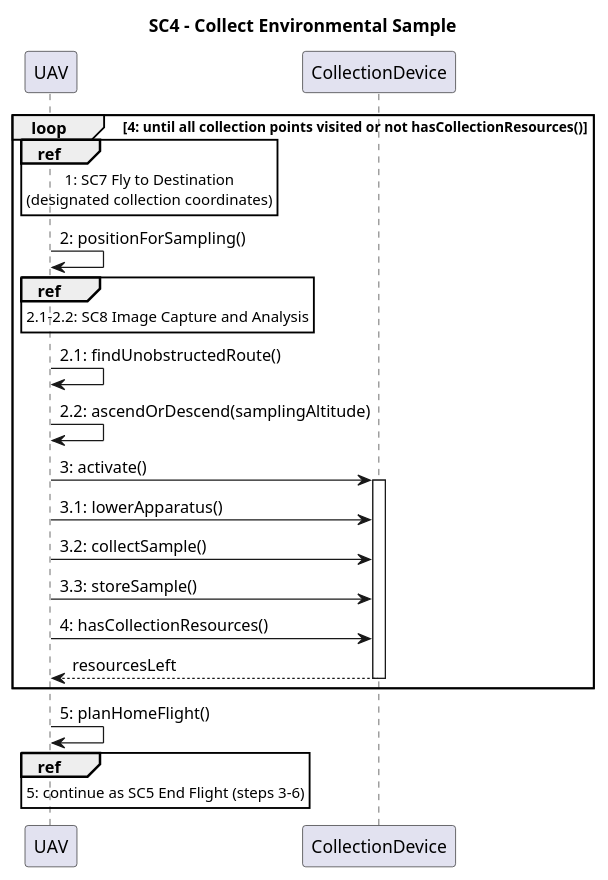
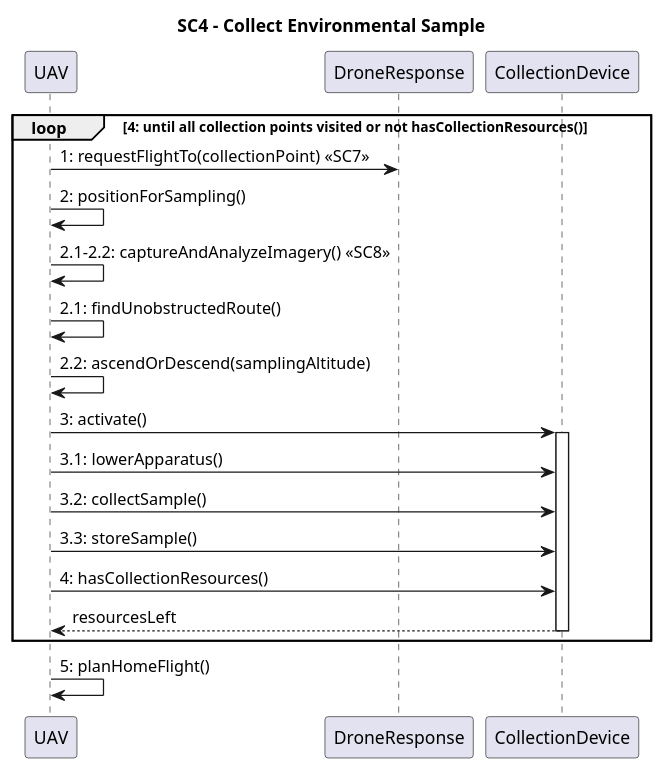
One commit to RathbergerJakob/e3-soft-eng changed the diagram in reworked/sc4.puml. Above: the diagram before and after it, drawn with PlantUML. The commit also changed 9 other files, not shown here.

```diff
--- a/reworked/sc4.puml
+++ b/reworked/sc4.puml
@@ -1,27 +1,27 @@
 @startuml
 title SC4 – Collect Environmental Sample
 
 participant UAV
+participant DroneResponse
 participant CollectionDevice
 
 loop 4: until all collection points visited or not hasCollectionResources()
-  ref over UAV : 1: SC7 Fly to Destination\n(designated collection coordinates)
+  UAV -> DroneResponse : 1: requestFlightTo(collectionPoint) «SC7»
 
   UAV -> UAV : 2: positionForSampling()
-  ref over UAV : 2.1–2.2: SC8 Image Capture and Analysis
+  UAV -> UAV : 2.1–2.2: captureAndAnalyzeImagery() «SC8»
   UAV -> UAV : 2.1: findUnobstructedRoute()
   UAV -> UAV : 2.2: ascendOrDescend(samplingAltitude)
 
   UAV -> CollectionDevice : 3: activate()
   activate CollectionDevice
   UAV -> CollectionDevice : 3.1: lowerApparatus()
   UAV -> CollectionDevice : 3.2: collectSample()
   UAV -> CollectionDevice : 3.3: storeSample()
   UAV -> CollectionDevice : 4: hasCollectionResources()
   CollectionDevice --> UAV : resourcesLeft
   deactivate CollectionDevice
 end
 
 UAV -> UAV : 5: planHomeFlight()
-ref over UAV : 5: continue as SC5 End Flight (steps 3–6)
 @enduml
```
